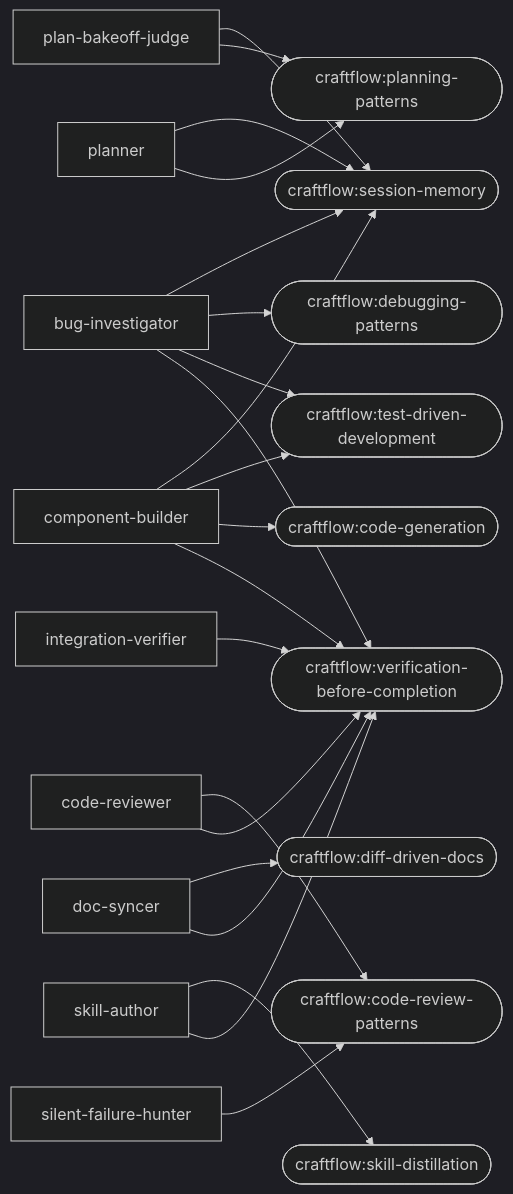
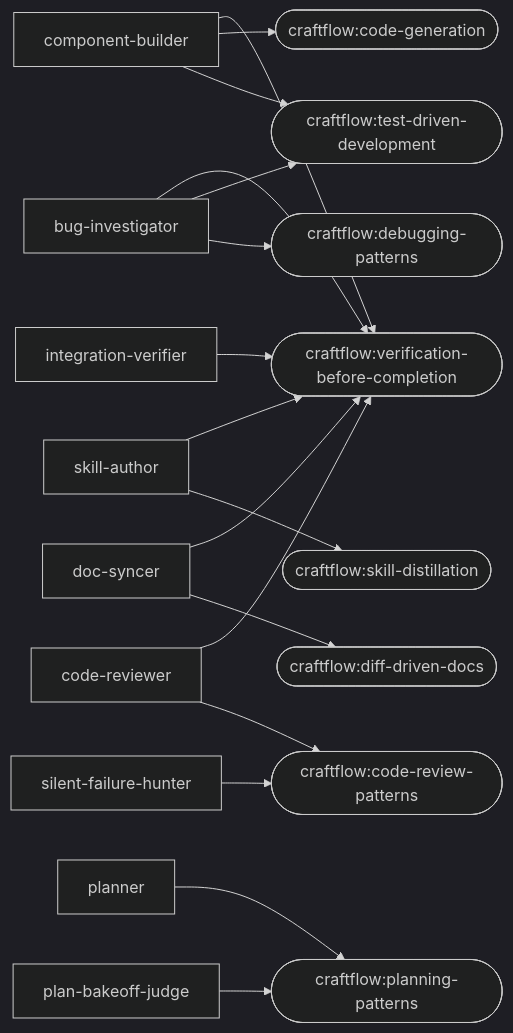
Before and after one commit to aicraft-sdk/craftflow: the second of 2 diagrams in plugins/craftflow/docs/generated/architecture.md, drawn with Mermaid (dark theme). The commit also changed other lines of this file and 5 other files, not shown here.

Commit message:
feat(craftflow): wire craftflow:retro into Cursor (skill link + router-exempt branch)

````diff
--- a/plugins/craftflow/docs/generated/architecture.md
+++ b/plugins/craftflow/docs/generated/architecture.md
@@ -93,41 +93,36 @@
 ```mermaid
 flowchart LR
   agent_bug_investigator["bug-investigator"]
   agent_code_reviewer["code-reviewer"]
   agent_component_builder["component-builder"]
   agent_doc_syncer["doc-syncer"]
   agent_integration_verifier["integration-verifier"]
   agent_plan_bakeoff_judge["plan-bakeoff-judge"]
   agent_planner["planner"]
   agent_silent_failure_hunter["silent-failure-hunter"]
   agent_skill_author["skill-author"]
-  skill_craftflow_session_memory(["craftflow:session-memory"])
   skill_craftflow_debugging_patterns(["craftflow:debugging-patterns"])
   skill_craftflow_test_driven_development(["craftflow:test-driven-development"])
   skill_craftflow_verification_before_completion(["craftflow:verification-before-completion"])
   skill_craftflow_code_review_patterns(["craftflow:code-review-patterns"])
   skill_craftflow_code_generation(["craftflow:code-generation"])
   skill_craftflow_diff_driven_docs(["craftflow:diff-driven-docs"])
   skill_craftflow_planning_patterns(["craftflow:planning-patterns"])
   skill_craftflow_skill_distillation(["craftflow:skill-distillation"])
-  agent_bug_investigator --> skill_craftflow_session_memory
   agent_bug_investigator --> skill_craftflow_debugging_patterns
   agent_bug_investigator --> skill_craftflow_test_driven_development
   agent_bug_investigator --> skill_craftflow_verification_before_completion
   agent_code_reviewer --> skill_craftflow_code_review_patterns
   agent_code_reviewer --> skill_craftflow_verification_before_completion
-  agent_component_builder --> skill_craftflow_session_memory
   agent_component_builder --> skill_craftflow_test_driven_development
   agent_component_builder --> skill_craftflow_code_generation
   agent_component_builder --> skill_craftflow_verification_before_completion
   agent_doc_syncer --> skill_craftflow_diff_driven_docs
   agent_doc_syncer --> skill_craftflow_verification_before_completion
   agent_integration_verifier --> skill_craftflow_verification_before_completion
-  agent_plan_bakeoff_judge --> skill_craftflow_session_memory
   agent_plan_bakeoff_judge --> skill_craftflow_planning_patterns
-  agent_planner --> skill_craftflow_session_memory
   agent_planner --> skill_craftflow_planning_patterns
   agent_silent_failure_hunter --> skill_craftflow_code_review_patterns
   agent_skill_author --> skill_craftflow_skill_distillation
   agent_skill_author --> skill_craftflow_verification_before_completion
 ```
````
